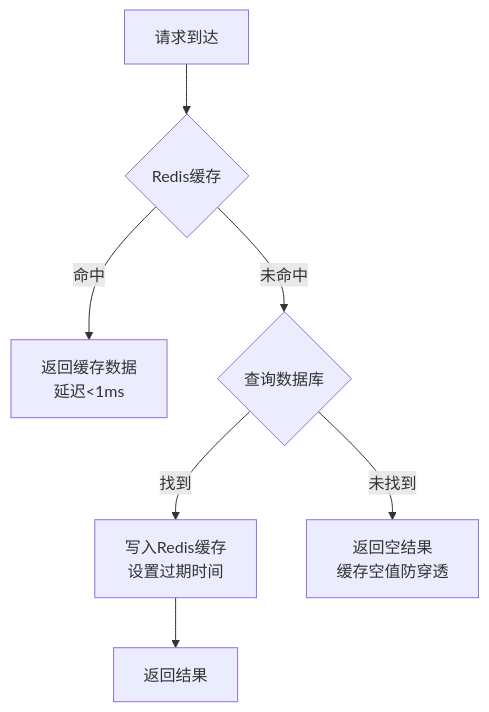
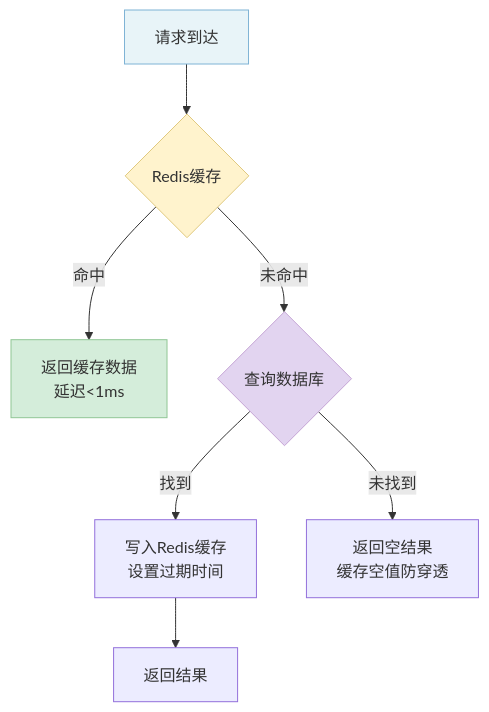
One commit to xt765/ResumeScreening changed diagram 13 of 14 in docs/architecture.md. Above: the diagram before and after it, drawn with Mermaid. The commit also changed other lines of this file and 4 other files, not shown here.

````diff
--- a/docs/architecture.md
+++ b/docs/architecture.md
@@ -686,9 +817,14 @@
 ```mermaid
 graph TB
     A[请求到达] --> B{Redis缓存}
     B -->|命中| C[返回缓存数据<br/>延迟<1ms]
     B -->|未命中| D{查询数据库}
     D -->|找到| E[写入Redis缓存<br/>设置过期时间]
     E --> F[返回结果]
     D -->|未找到| G[返回空结果<br/>缓存空值防穿透]
+    
+    style A fill:#e8f4f8,stroke:#7fb3d5,stroke-width:1px
+    style B fill:#fff3cd,stroke:#e0c97f,stroke-width:1px
+    style C fill:#d4edda,stroke:#90c695,stroke-width:1px
+    style D fill:#e2d4f0,stroke:#c5a5d5,stroke-width:1px
 ```
````
